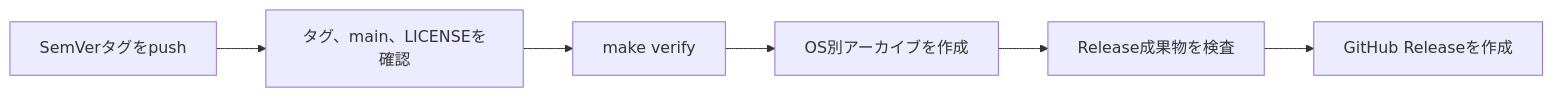
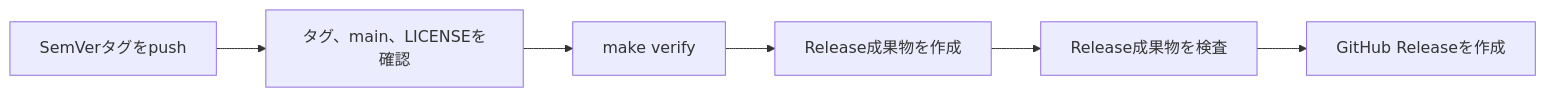
One commit to vnzzzz/batch-scope changed the first of 3 diagrams in docs/development/build-and-release.md. Above: the diagram before and after it, drawn with Mermaid. The commit also changed other lines of this file and 5 other files, not shown here.

````diff
--- a/docs/development/build-and-release.md
+++ b/docs/development/build-and-release.md
@@ -107,8 +112,8 @@
 ```mermaid
 flowchart LR
     Tag[SemVerタグをpush] --> Check[タグ、main、LICENSEを確認]
     Check --> Verify[make verify]
-    Verify --> Build[OS別アーカイブを作成]
+    Verify --> Build[Release成果物を作成]
     Build --> ArtifactCheck[Release成果物を検査]
     ArtifactCheck --> Release[GitHub Releaseを作成]
 ```
````
